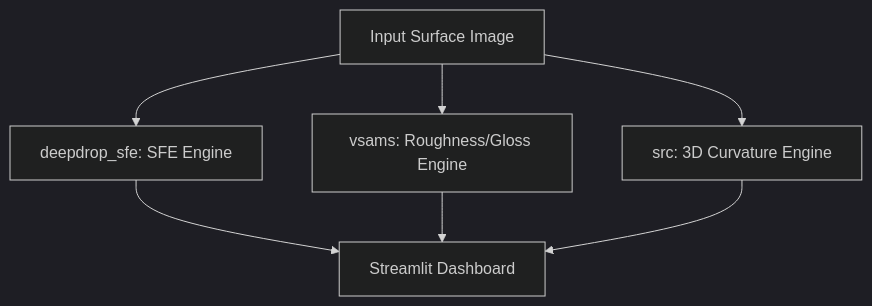
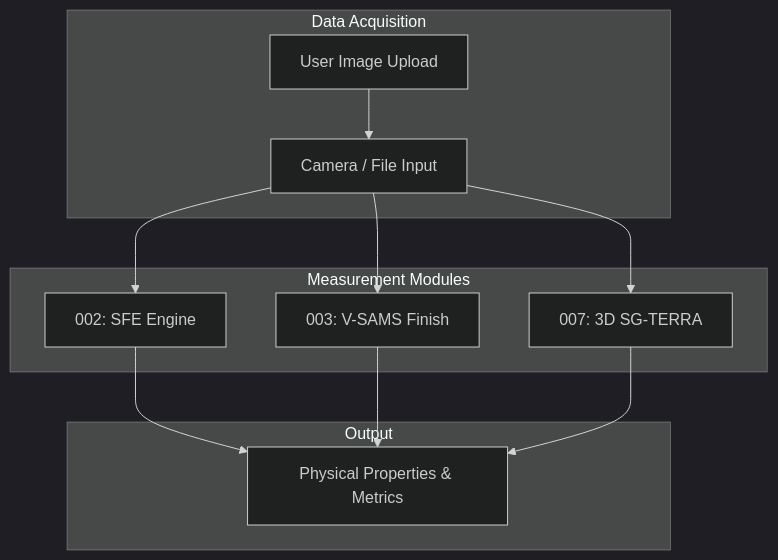
The diagram in README.md (HyunchanAn/SG_integration_step1), drawn with Mermaid (dark theme) before and after one commit. The commit also changed other lines of this file and 37 other files, not shown here.

````diff
--- a/README.md
+++ b/README.md
@@ -12,9 +12,16 @@
 ```mermaid
 graph TD
-    A["Input Surface Image"] --> B["deepdrop_sfe: SFE Engine"]
-    A --> C["vsams: Roughness/Gloss Engine"]
-    A --> D["src: 3D Curvature Engine"]
-    B --> E["Streamlit Dashboard"]
-    C --> E
-    D --> E
+    subgraph Data Acquisition
+        A[User Image Upload] --> B[Camera / File Input]
+    end
+    subgraph Measurement Modules
+        B --> C[002: SFE Engine]
+        B --> D[003: V-SAMS Finish]
+        B --> E[007: 3D SG-TERRA]
+    end
+    subgraph Output
+        C --> F[Physical Properties & Metrics]
+        D --> F
+        E --> F
+    end
 ```
````
